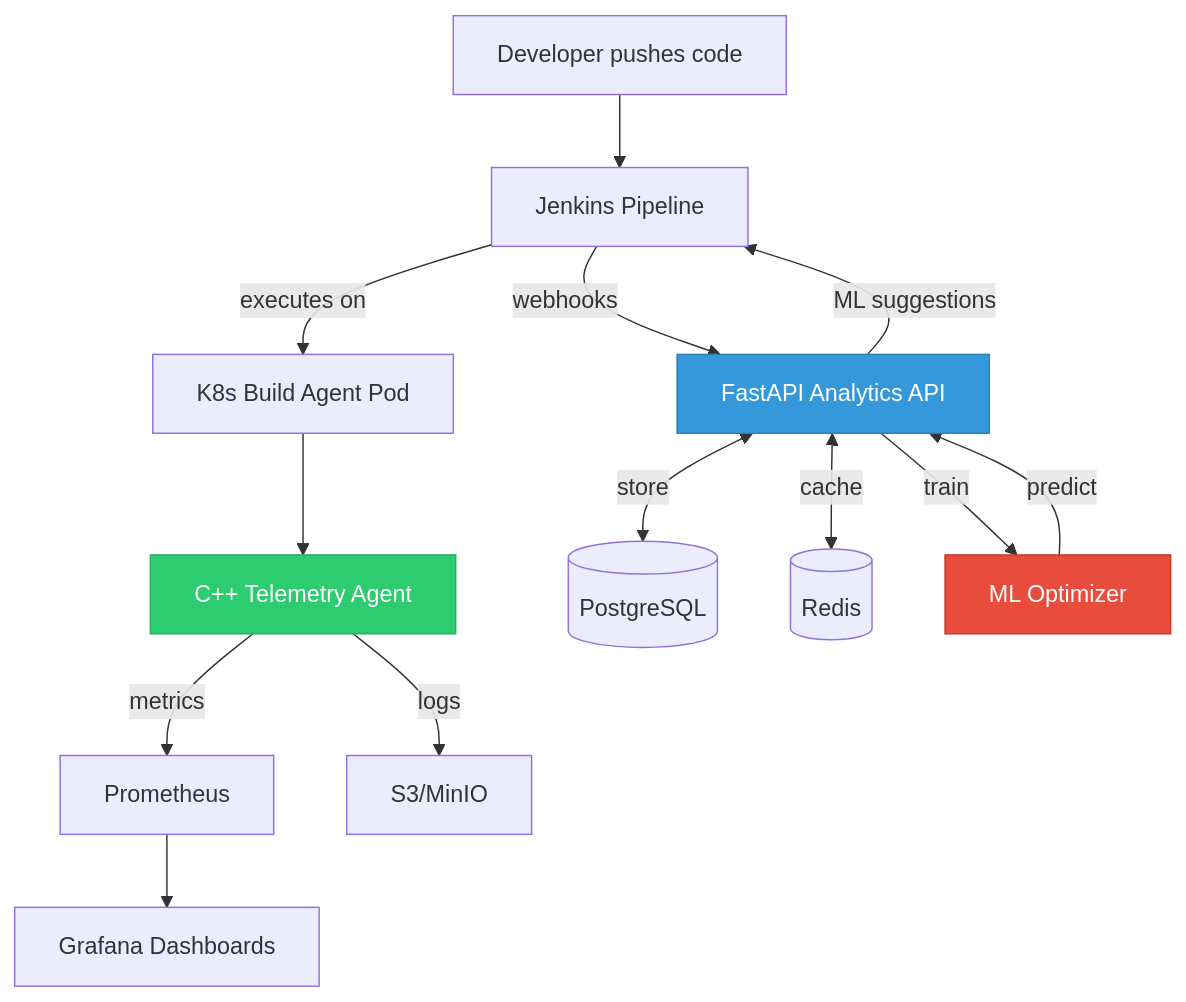
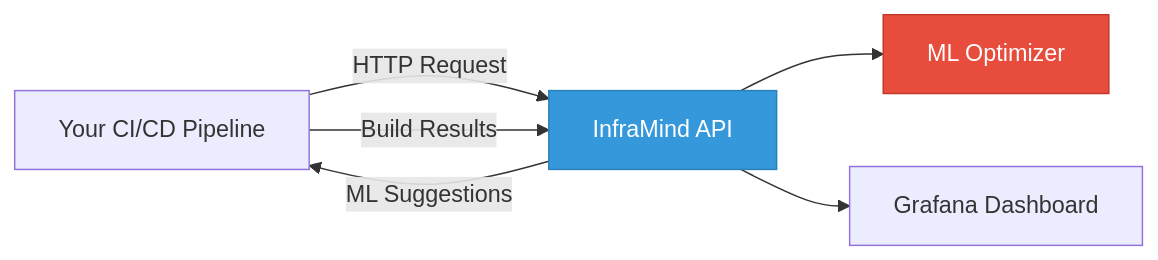
Before and after one commit to IdanG7/InfraMind: the diagram in README.md, drawn with Mermaid. The commit also changed other lines of this file and 34 other files, not shown here.

````diff
--- a/README.md
+++ b/README.md
@@ -36,23 +65,11 @@
 ```mermaid
-graph TB
-    Dev[Developer pushes code] --> Jenkins[Jenkins Pipeline]
-    Jenkins -->|executes on| Agent[K8s Build Agent Pod]
-    Agent --> CppAgent[C++ Telemetry Agent]
+graph LR
+    A[Your CI/CD Pipeline] -->|HTTP Request| B[InfraMind API]
+    B -->|ML Suggestions| A
+    A -->|Build Results| B
+    B --> C[ML Optimizer]
+    B --> D[Grafana Dashboard]
 
-    CppAgent -->|metrics| Prom[Prometheus]
-    CppAgent -->|logs| S3[S3/MinIO]
-
-    Jenkins -->|webhooks| API[FastAPI Analytics API]
-    API <-->|store| PG[(PostgreSQL)]
-    API <-->|cache| Redis[(Redis)]
-
-    Prom --> Graf[Grafana Dashboards]
-
-    API -->|ML suggestions| Jenkins
-    API -->|train| ML[ML Optimizer]
-    ML -->|predict| API
-
-    style API fill:#3498db,stroke:#2980b9,color:#fff
-    style ML fill:#e74c3c,stroke:#c0392b,color:#fff
-    style CppAgent fill:#2ecc71,stroke:#27ae60,color:#fff
+    style B fill:#3498db,stroke:#2980b9,color:#fff
+    style C fill:#e74c3c,stroke:#c0392b,color:#fff
 ```
````
